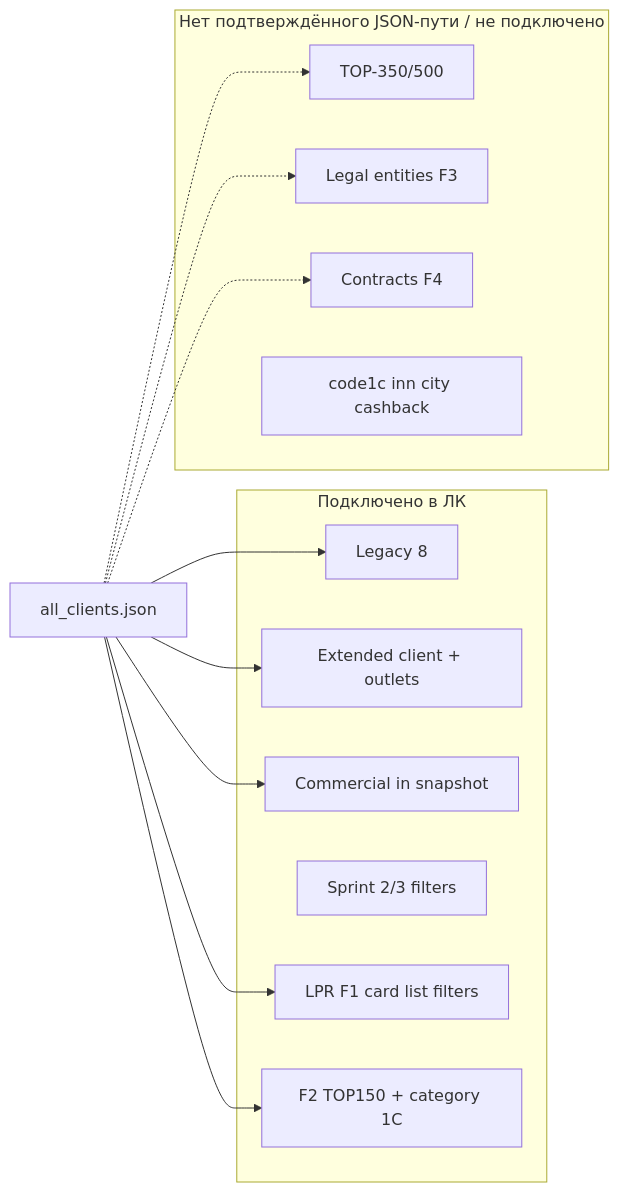
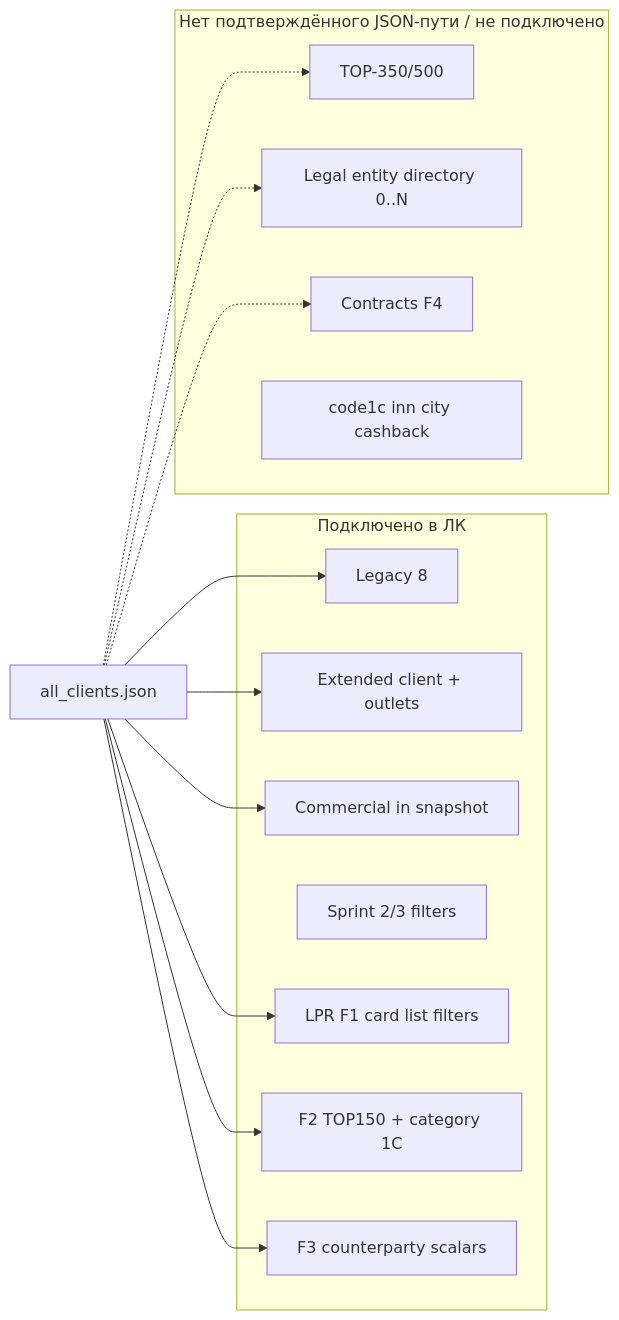
Before and after one commit to karenavedikyan/tandoor-rf: the diagram in docs/delivery/remaining-exchange-fields-map.md, drawn with Mermaid. The commit also changed other lines of this file and 5 other files, not shown here.

````diff
--- a/docs/delivery/remaining-exchange-fields-map.md
+++ b/docs/delivery/remaining-exchange-fields-map.md
@@ -241,25 +243,27 @@
 ```mermaid
 flowchart LR
   subgraph done [Подключено в ЛК]
     L8[Legacy 8]
     EX[Extended client + outlets]
     COM[Commercial in snapshot]
     FIL[Sprint 2/3 filters]
     LPR[LPR F1 card list filters]
     F2W[F2 TOP150 + category 1C]
+    F3C[F3 counterparty scalars]
   end
   subgraph missing [Нет подтверждённого JSON-пути / не подключено]
     TOP350[TOP-350/500]
-    LEG[Legal entities F3]
+    LEGDIR[Legal entity directory 0..N]
     CON[Contracts F4]
     PLH[code1c inn city cashback]
   end
   JSON[all_clients.json] --> L8
   JSON --> EX
   JSON --> COM
   JSON --> LPR
   JSON --> F2W
+  JSON --> F3C
   JSON -.-> TOP350
-  JSON -.-> LEG
+  JSON -.-> LEGDIR
   JSON -.-> CON
 ```
````
